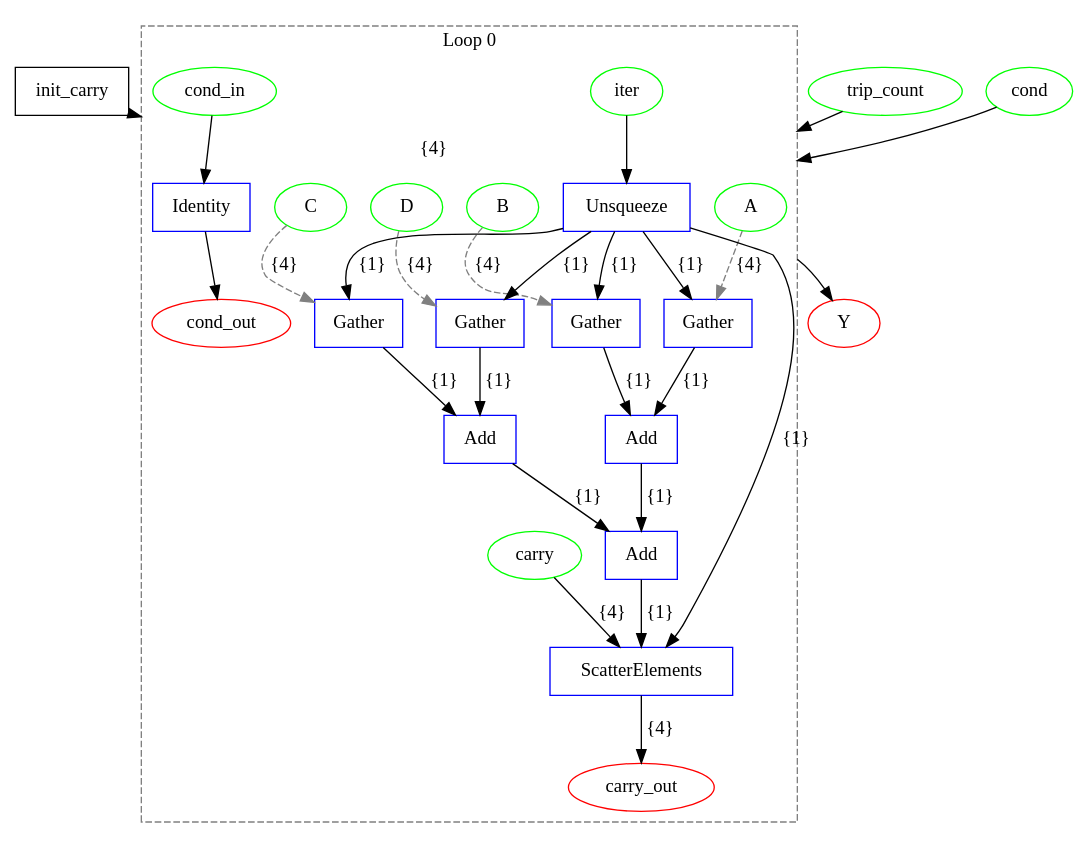
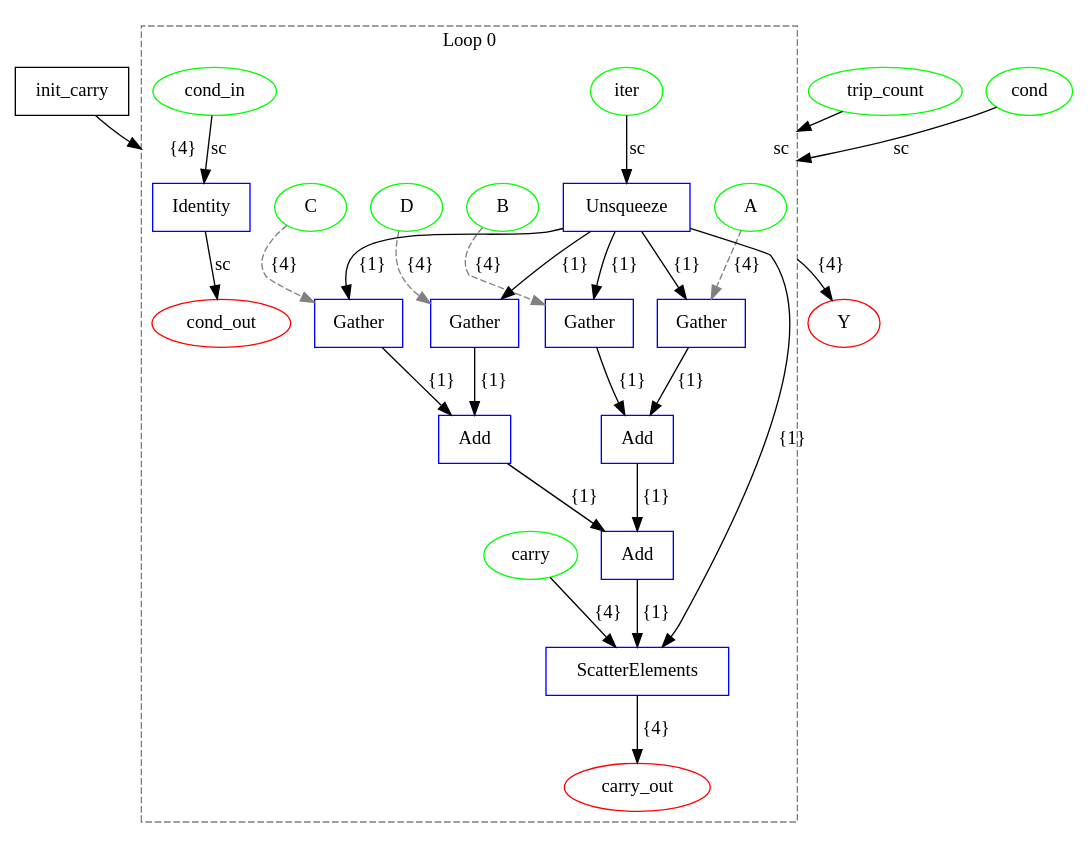
One commit to specs-feup/onnx-flow changed the diagram in examples/onnx/add_chain_decomposed.dot. Above: the diagram before and after it, drawn with Graphviz. The commit also changed 52 other files, not shown here.

```diff
--- a/examples/onnx/add_chain_decomposed.dot
+++ b/examples/onnx/add_chain_decomposed.dot
@@ -1,58 +1,58 @@
 digraph {
   graph [compound=true];
   init_carry [label=init_carry shape=box];
   A [label=A shape=ellipse color="#00FF00"];
   B [label=B shape=ellipse color="#00FF00"];
   C [label=C shape=ellipse color="#00FF00"];
   D [label=D shape=ellipse color="#00FF00"];
   trip_count [label=trip_count shape=ellipse color="#00FF00"];
   cond [label=cond shape=ellipse color="#00FF00"];
   Y [label=Y shape=ellipse color="#FF0000"];
   subgraph cluster_loop_0 {
     graph [rankdir=LR compound=true];
     loop0_iter [label=iter shape=ellipse color="#00FF00"];
     loop0_cond_in [label=cond_in shape=ellipse color="#00FF00"];
     loop0_carry [label=carry shape=ellipse color="#00FF00"];
     loop0_cond_out [label=cond_out shape=ellipse color="#FF0000"];
     loop0_carry_out [label=carry_out shape=ellipse color="#FF0000"];
     loop0_0 [label=Unsqueeze shape=box color="#0000FF"];
     loop0_0 -> loop0_1 [label="{1}"];
     loop0_0 -> loop0_2 [label="{1}"];
     loop0_0 -> loop0_3 [label="{1}"];
     loop0_0 -> loop0_4 [label="{1}"];
     loop0_0 -> loop0_8 [label="{1}"];
     loop0_1 [label=Gather shape=box color="#0000FF"];
     loop0_1 -> loop0_5 [label="{1}"];
     loop0_2 [label=Gather shape=box color="#0000FF"];
     loop0_2 -> loop0_5 [label="{1}"];
     loop0_3 [label=Gather shape=box color="#0000FF"];
     loop0_3 -> loop0_6 [label="{1}"];
     loop0_4 [label=Gather shape=box color="#0000FF"];
     loop0_4 -> loop0_6 [label="{1}"];
     loop0_5 [label=Add shape=box color="#0000FF"];
     loop0_5 -> loop0_7 [label="{1}"];
     loop0_6 [label=Add shape=box color="#0000FF"];
     loop0_6 -> loop0_7 [label="{1}"];
     loop0_7 [label=Add shape=box color="#0000FF"];
     loop0_7 -> loop0_8 [label="{1}"];
     loop0_8 [label=ScatterElements shape=box color="#0000FF"];
     loop0_9 [label=Identity shape=box color="#0000FF"];
-    loop0_iter -> loop0_0 [label=""];
+    loop0_iter -> loop0_0 [label=sc];
     loop0_8 -> loop0_carry_out [label="{4}"];
     loop0_carry -> loop0_8 [label="{4}"];
-    loop0_cond_in -> loop0_9 [label=""];
-    loop0_9 -> loop0_cond_out [label=""];
+    loop0_cond_in -> loop0_9 [label=sc];
+    loop0_9 -> loop0_cond_out [label=sc];
     A -> loop0_1 [style=dashed color=gray label="{4}"];
     B -> loop0_2 [style=dashed color=gray label="{4}"];
     C -> loop0_3 [style=dashed color=gray label="{4}"];
     D -> loop0_4 [style=dashed color=gray label="{4}"];
     graph [label="Loop 0"];
     graph [style=dashed];
     graph [color=gray];
   }
 
-  trip_count -> loop0_0 [label="" lhead=cluster_loop_0];
-  cond -> loop0_0 [label="" lhead=cluster_loop_0];
+  trip_count -> loop0_0 [label=sc lhead=cluster_loop_0];
+  cond -> loop0_0 [label=sc lhead=cluster_loop_0];
   init_carry -> loop0_0 [label="{4}" lhead=cluster_loop_0];
-  loop0_0 -> Y [label="" ltail=cluster_loop_0];
+  loop0_0 -> Y [label="{4}" ltail=cluster_loop_0];
 }
```
